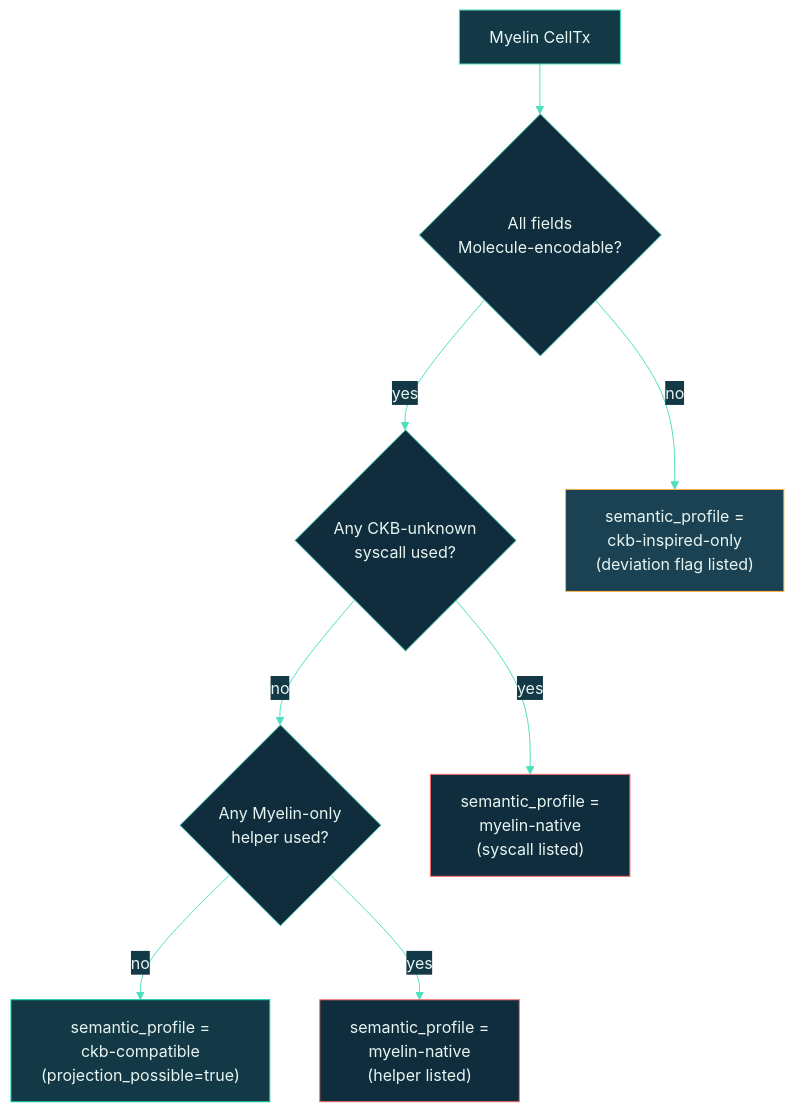
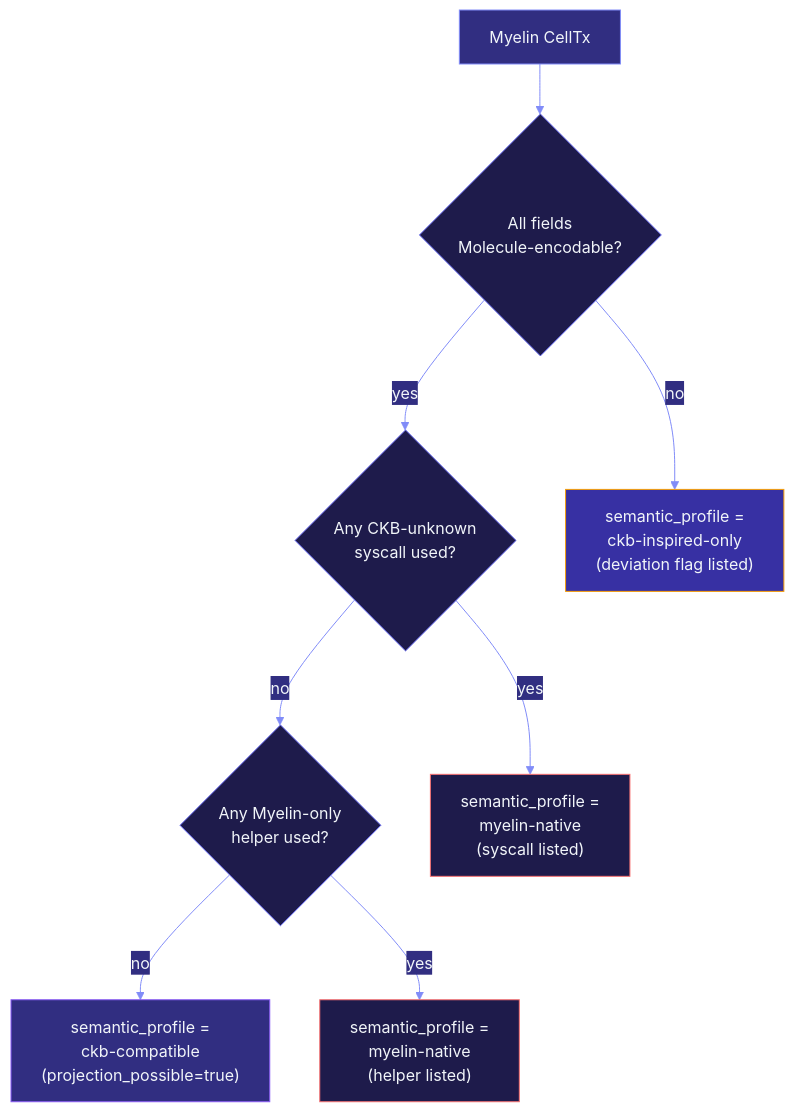
Before and after one commit to Myelin-Labs/Myelin: the diagram in docs/concepts/semantic-profiles.md, drawn with Mermaid. The commit also changed 31 other files, not shown here.

````diff
--- a/docs/concepts/semantic-profiles.md
+++ b/docs/concepts/semantic-profiles.md
@@ -69,28 +69,28 @@
 ```mermaid
 %%{init: {
   "theme": "base",
   "themeVariables": {
-    "primaryColor": "#0F2D3D",
-    "primaryTextColor": "#E8F5F1",
-    "primaryBorderColor": "#3CCBAA",
-    "lineColor": "#4EE0BC",
-    "secondaryColor": "#143946",
-    "tertiaryColor": "#1A4253"
+    "primaryColor": "#1E1B4B",
+    "primaryTextColor": "#F1F5F9",
+    "primaryBorderColor": "#6366F1",
+    "lineColor": "#818CF8",
+    "secondaryColor": "#312E81",
+    "tertiaryColor": "#3730A3"
   }
 }}%%
 flowchart TB
     A["Myelin CellTx"]:::m
     A --> B{"All fields<br/>Molecule-encodable?"}:::decide
     B -- yes --> C{"Any CKB-unknown<br/>syscall used?"}:::decide
     B -- no  --> H["semantic_profile =<br/>ckb-inspired-only<br/>(deviation flag listed)"]:::warn
     C -- no  --> D{"Any Myelin-only<br/>helper used?"}:::decide
     C -- yes --> H2["semantic_profile =<br/>myelin-native<br/>(syscall listed)"]:::warn2
     D -- no  --> E["semantic_profile =<br/>ckb-compatible<br/>(projection_possible=true)"]:::ok
     D -- yes --> H3["semantic_profile =<br/>myelin-native<br/>(helper listed)"]:::warn2
 
-    classDef m       fill:#143946,stroke:#4EE0BC,color:#E8F5F1;
-    classDef decide  fill:#0F2D3D,stroke:#3CCBAA,color:#E8F5F1;
-    classDef ok      fill:#143946,stroke:#00CC9F,color:#E8F5F1;
-    classDef warn    fill:#1A4253,stroke:#FFB347,color:#E8F5F1;
-    classDef warn2   fill:#0F2D3D,stroke:#FF6B6B,color:#E8F5F1;
+    classDef m       fill:#312E81,stroke:#818CF8,color:#F1F5F9;
+    classDef decide  fill:#1E1B4B,stroke:#6366F1,color:#F1F5F9;
+    classDef ok      fill:#312E81,stroke:#8B5CF6,color:#F1F5F9;
+    classDef warn    fill:#3730A3,stroke:#F59E0B,color:#F1F5F9;
+    classDef warn2   fill:#1E1B4B,stroke:#F87171,color:#F1F5F9;
 ```
````
